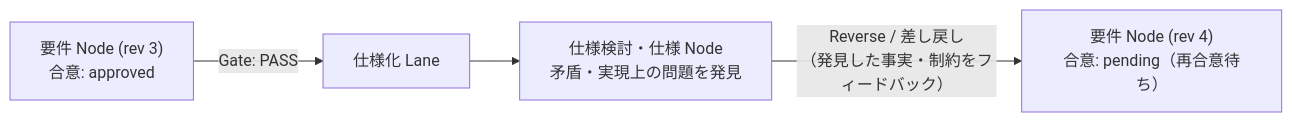
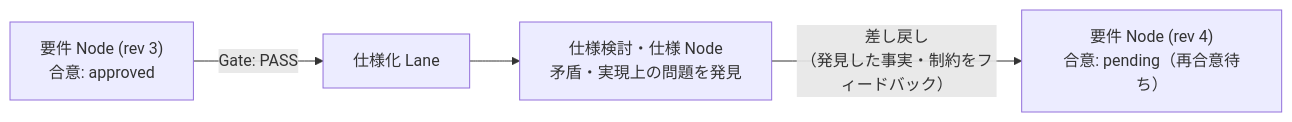
The fifth of 5 diagrams in lane-model/03_gate_and_requirements_flow.ja.md (longicorn/ise-methodology), drawn with Mermaid before and after one commit. The commit also changed other lines of this file and 3 other files, not shown here.

````diff
--- a/lane-model/03_gate_and_requirements_flow.ja.md
+++ b/lane-model/03_gate_and_requirements_flow.ja.md
@@ -199,6 +210,6 @@
 ```mermaid
 flowchart LR
     Q3["要件 Node (rev 3)\n合意: approved"] -->|"Gate: PASS"| SL["仕様化 Lane"]
     SL --> SP["仕様検討・仕様 Node\n矛盾・実現上の問題を発見"]
-    SP -->|"Reverse / 差し戻し\n（発見した事実・制約をフィードバック）"| Q4["要件 Node (rev 4)\n合意: pending（再合意待ち）"]
+    SP -->|"差し戻し\n（発見した事実・制約をフィードバック）"| Q4["要件 Node (rev 4)\n合意: pending（再合意待ち）"]
 ```
````
